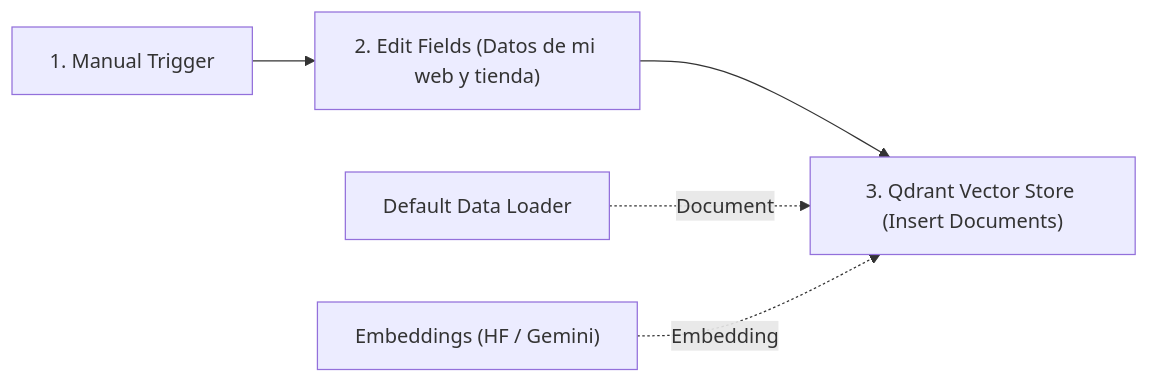
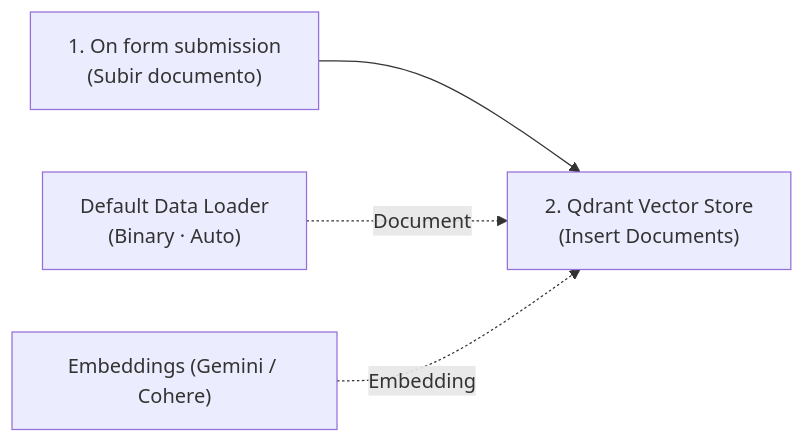
One commit to Dellos7/informatica-eso-bat changed the second of 2 diagrams in asignaturas/psirii/docker/actividad2/index.md. Above: the diagram before and after it, drawn with Mermaid. The commit also changed other lines of this file and 3 other files, not shown here.

````diff
--- a/asignaturas/psirii/docker/actividad2/index.md
+++ b/asignaturas/psirii/docker/actividad2/index.md
@@ -294,7 +208,6 @@
 ```mermaid
 graph LR
-    M["1. Manual Trigger"] --> D["2. Edit Fields (Datos de mi web y tienda)"]
-    D --> Q["3. Qdrant Vector Store (Insert Documents)"]
-    L["Default Data Loader"] -. "Document" .-> Q
-    E["Embeddings (HF / Gemini)"] -. "Embedding" .-> Q
+    F["1. On form submission<br/>(Subir documento)"] --> Q["2. Qdrant Vector Store<br/>(Insert Documents)"]
+    L["Default Data Loader<br/>(Binary · Auto)"] -. "Document" .-> Q
+    E["Embeddings (Gemini / Cohere)"] -. "Embedding" .-> Q
 ```
````
